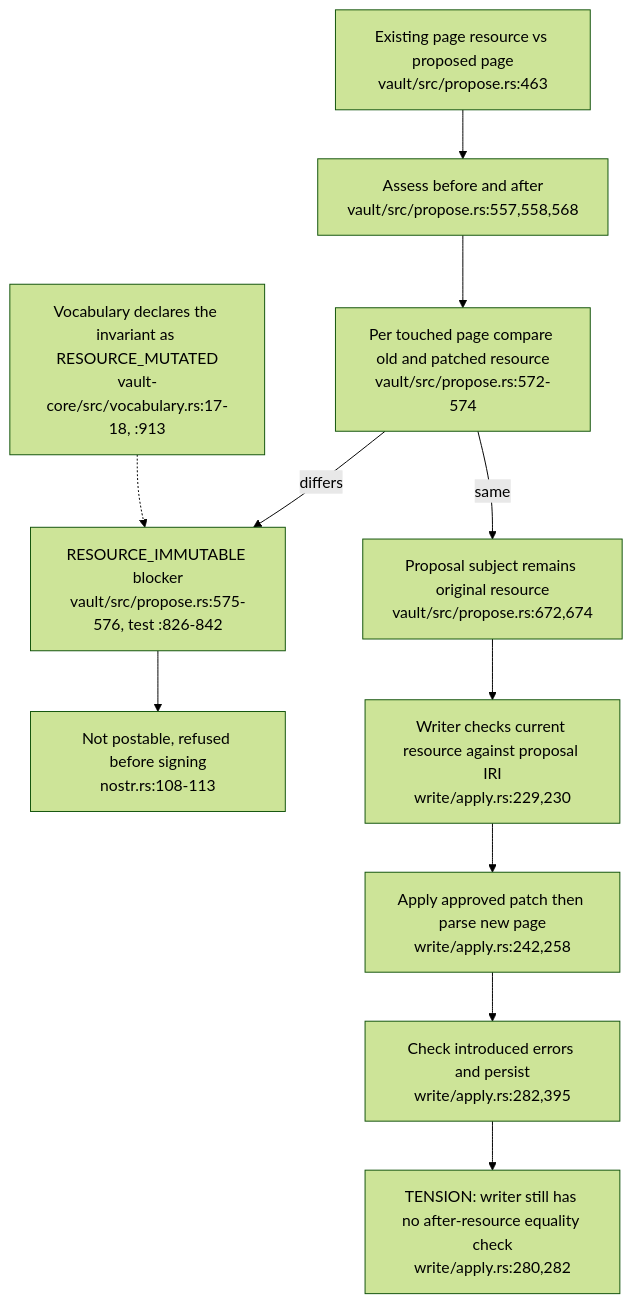
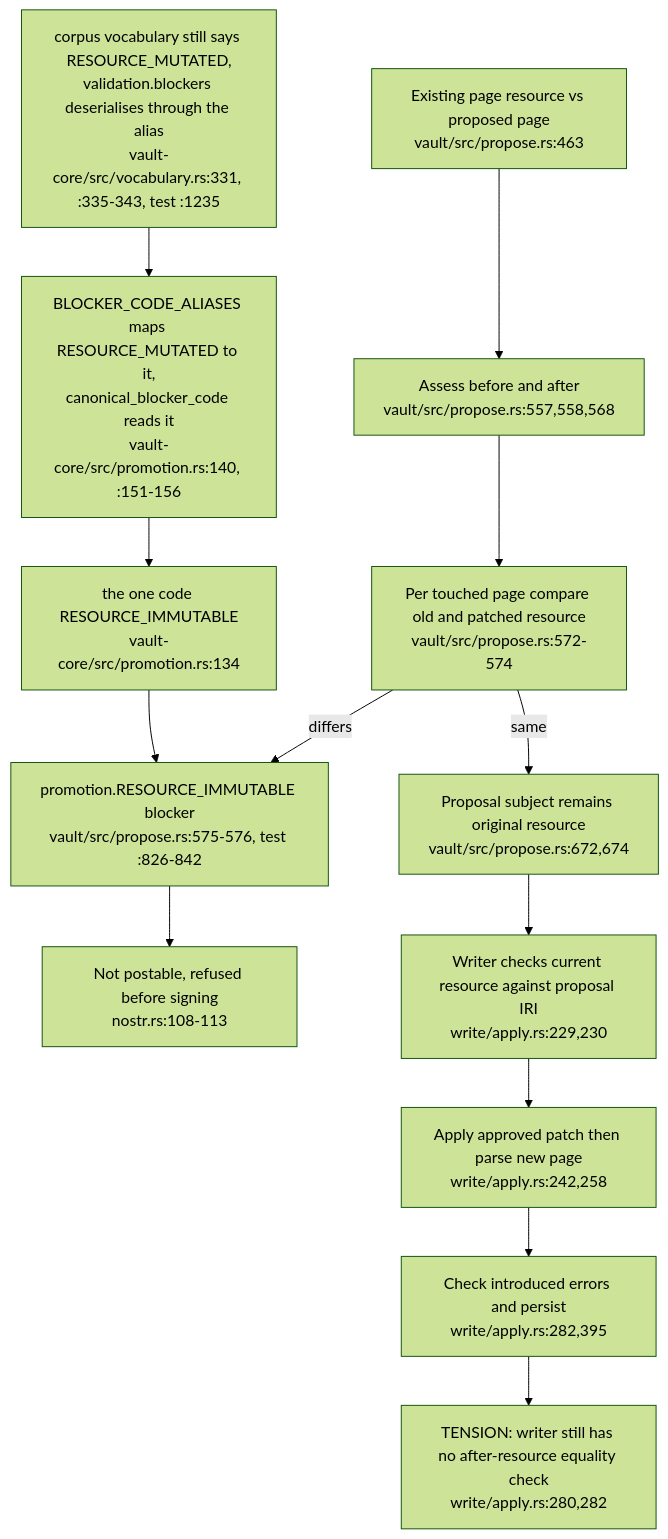
Before and after one commit to DreamLab-AI/VisionFlow: the fourth of 4 diagrams in docs/diagrams/visionclaw/41-proposal-construction-and-consumer-scope.md, drawn with Mermaid (forest theme). The commit also changed other lines of this file and 46 other files, not shown here.

Commit message:
docs(diagrams): re-verify VisionClaw topics at 809a859aa/a950f4d80 after the consolidation pass

````diff
--- a/docs/diagrams/visionclaw/41-proposal-construction-and-consumer-scope.md
+++ b/docs/diagrams/visionclaw/41-proposal-construction-and-consumer-scope.md
@@ -94,13 +97,15 @@
 ```mermaid
 flowchart TD
     B["Existing page resource vs proposed page<br/>vault/src/propose.rs:463"] --> P["Assess before and after<br/>vault/src/propose.rs:557,558,568"]
     P --> RI["Per touched page compare old and patched resource<br/>vault/src/propose.rs:572-574"]
-    RI -->|differs| BL["RESOURCE_IMMUTABLE blocker<br/>vault/src/propose.rs:575-576, test :826-842"]
+    RI -->|differs| BL["promotion.RESOURCE_IMMUTABLE blocker<br/>vault/src/propose.rs:575-576, test :826-842"]
     BL --> NP["Not postable, refused before signing<br/>nostr.rs:108-113"]
     RI -->|same| S["Proposal subject remains original resource<br/>vault/src/propose.rs:672,674"]
     S --> OLD["Writer checks current resource against proposal IRI<br/>write/apply.rs:229,230"]
     OLD --> PATCH["Apply approved patch then parse new page<br/>write/apply.rs:242,258"]
     PATCH --> V["Check introduced errors and persist<br/>write/apply.rs:282,395"]
     V --> NEW["TENSION: writer still has no after-resource equality check<br/>write/apply.rs:280,282"]
-    VOC["Vocabulary declares the invariant as RESOURCE_MUTATED<br/>vault-core/src/vocabulary.rs:17-18, :913"] -.-> BL
+    K["the one code RESOURCE_IMMUTABLE<br/>vault-core/src/promotion.rs:134"] --> BL
+    AL["BLOCKER_CODE_ALIASES maps RESOURCE_MUTATED to it,<br/>canonical_blocker_code reads it<br/>vault-core/src/promotion.rs:140, :151-156"] --> K
+    VOC["corpus vocabulary still says RESOURCE_MUTATED,<br/>validation.blockers deserialises through the alias<br/>vault-core/src/vocabulary.rs:331, :335-343, test :1235"] --> AL
 ```
````
